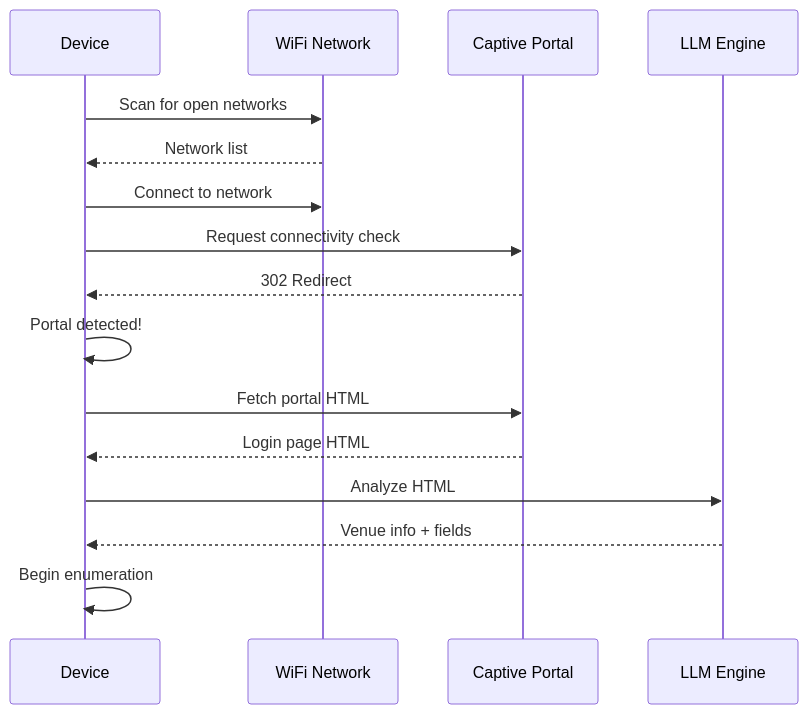
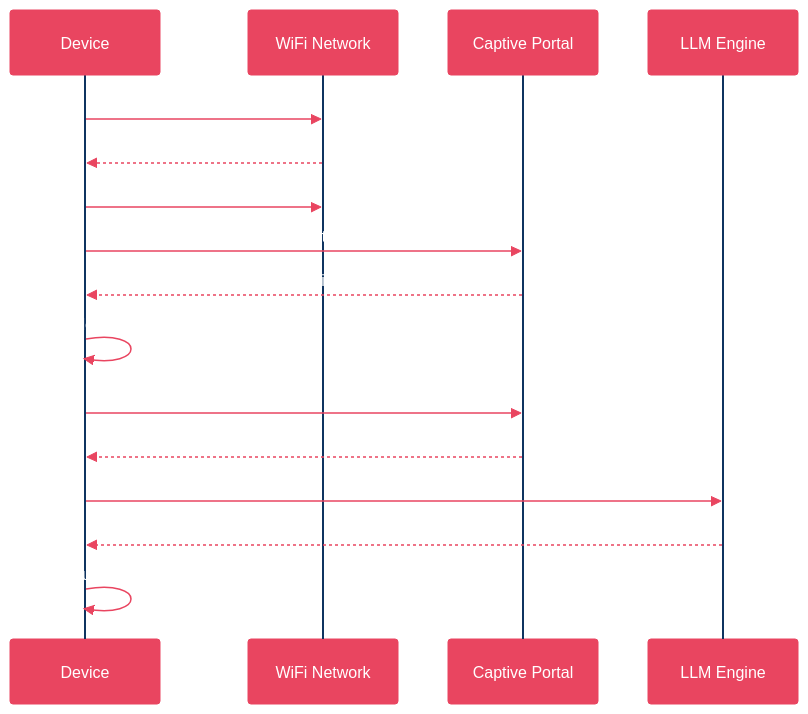
One commit to haKC-ai/CapturedPortal changed the third of 4 diagrams in README.md. Above: the diagram before and after it, drawn with Mermaid. The commit also changed other lines of this file, not shown here.

````diff
--- a/README.md
+++ b/README.md
@@ -98,19 +142,20 @@
 ```mermaid
+%%{init: {'theme': 'base', 'themeVariables': { 'primaryColor': '#1a1a2e', 'primaryTextColor': '#fff', 'primaryBorderColor': '#e94560', 'lineColor': '#e94560', 'secondaryColor': '#16213e', 'tertiaryColor': '#0f3460', 'actorBkg': '#e94560', 'actorTextColor': '#fff', 'actorLineColor': '#0f3460', 'signalColor': '#e94560', 'signalTextColor': '#fff'}}}%%
 sequenceDiagram
     participant D as Device
     participant W as WiFi Network
     participant C as Captive Portal
     participant L as LLM Engine
 
     D->>W: Scan for open networks
     W-->>D: Network list
     D->>W: Connect to network
     D->>C: Request connectivity check
     C-->>D: 302 Redirect
     D->>D: Portal detected!
     D->>C: Fetch portal HTML
     C-->>D: Login page HTML
     D->>L: Analyze HTML
     L-->>D: Venue info + fields
     D->>D: Begin enumeration
 ```
````
